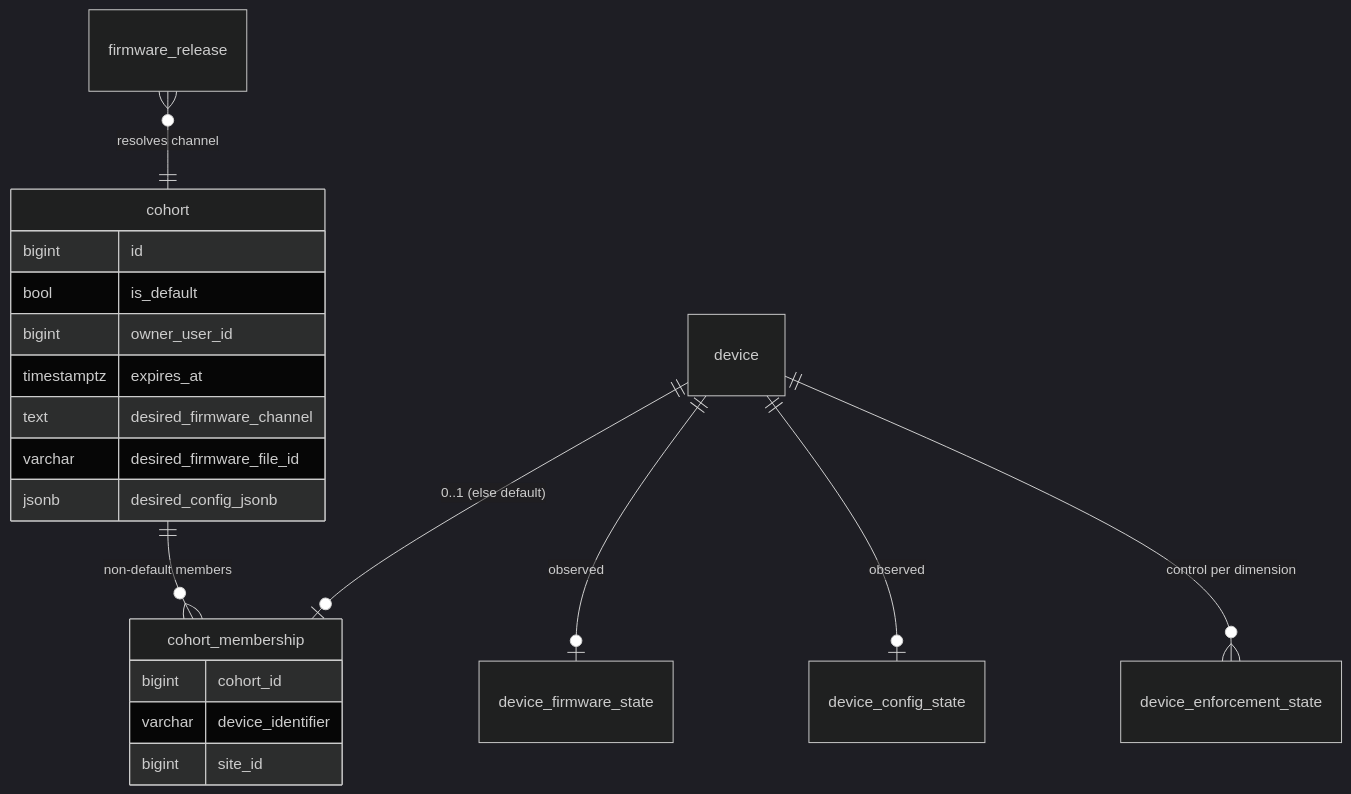
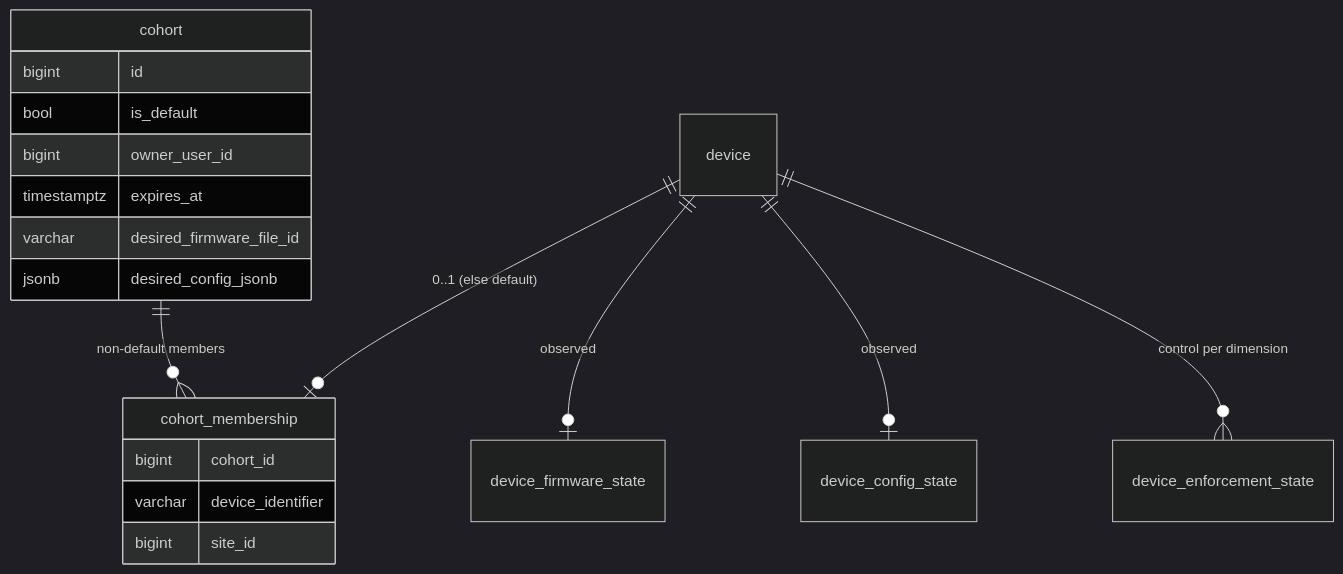
One commit to block/proto-fleet changed the second of 4 diagrams in docs/plans/2026-06-19-cohorts-fleet-enforcement-tdd.md. Above: the diagram before and after it, drawn with Mermaid (dark theme). The commit also changed other lines of this file and 10 other files, not shown here.

````diff
--- a/docs/plans/2026-06-19-cohorts-fleet-enforcement-tdd.md
+++ b/docs/plans/2026-06-19-cohorts-fleet-enforcement-tdd.md
@@ -376,23 +355,21 @@
 ```mermaid
 erDiagram
     cohort ||--o{ cohort_membership : "non-default members"
     cohort {
         bigint id
         bool is_default
         bigint owner_user_id
         timestamptz expires_at
-        text desired_firmware_channel
         varchar desired_firmware_file_id
         jsonb desired_config_jsonb
     }
     cohort_membership {
         bigint cohort_id
         varchar device_identifier
         bigint site_id
     }
     device ||--o| cohort_membership : "0..1 (else default)"
     device ||--o| device_firmware_state : observed
     device ||--o| device_config_state : observed
     device ||--o{ device_enforcement_state : "control per dimension"
-    firmware_release }o--|| cohort : "resolves channel"
 ```
````
